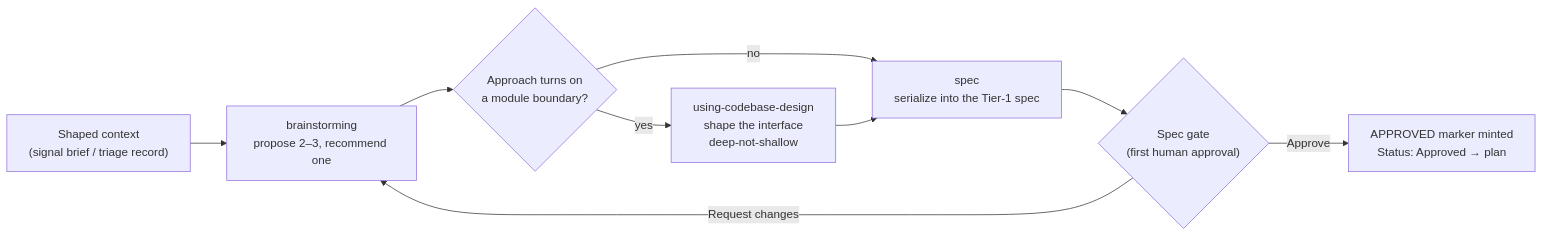
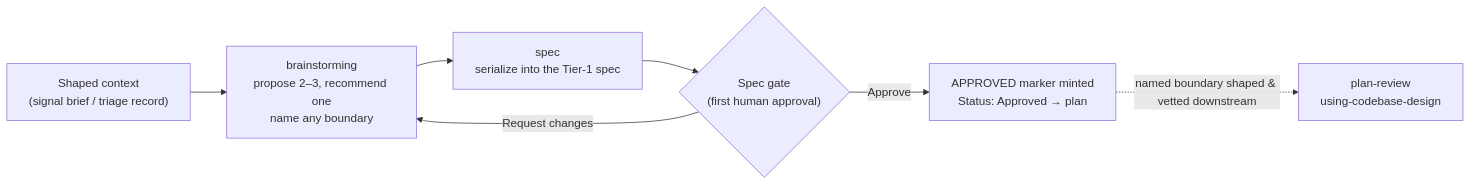
The diagram in docs/pipeline/design/README.md (dashworthy/engineering), drawn with Mermaid before and after one commit. The commit also changed other lines of this file and 23 other files, not shown here.

````diff
--- a/docs/pipeline/design/README.md
+++ b/docs/pipeline/design/README.md
@@ -44,11 +39,9 @@
 ```mermaid
 flowchart LR
-  ctx["Shaped context<br/>(signal brief / triage record)"] --> bs["brainstorming<br/>propose 2–3, recommend one"]
-  bs --> q{"Approach turns on<br/>a module boundary?"}
-  q -->|yes| ucd["using-codebase-design<br/>shape the interface<br/>deep-not-shallow"]
-  q -->|no| spec["spec<br/>serialize into the Tier-1 spec"]
-  ucd --> spec
+  ctx["Shaped context<br/>(signal brief / triage record)"] --> bs["brainstorming<br/>propose 2–3, recommend one<br/>name any boundary"]
+  bs --> spec["spec<br/>serialize into the Tier-1 spec"]
   spec --> gate{"Spec gate<br/>(first human approval)"}
   gate -->|Request changes| bs
   gate -->|Approve| approved["APPROVED marker minted<br/>Status: Approved → plan"]
+  approved -.->|named boundary shaped & vetted downstream| planrev["plan-review<br/>using-codebase-design"]
 ```
````
